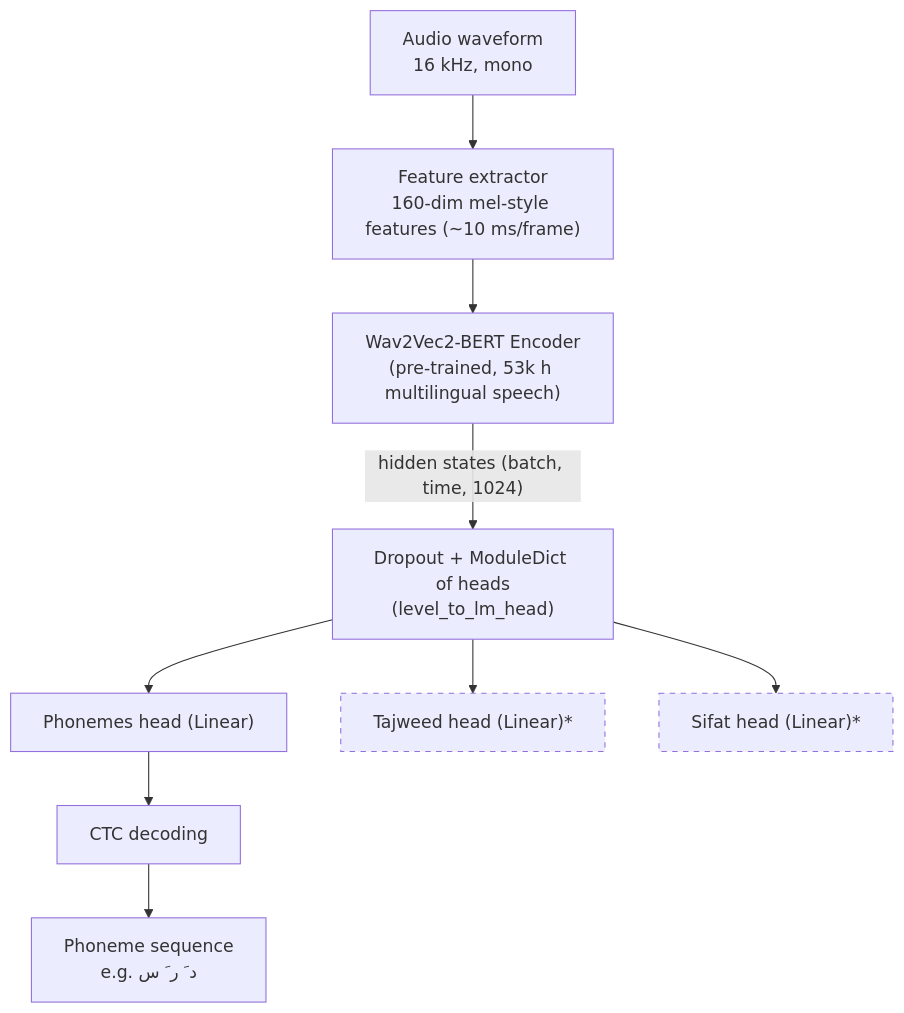
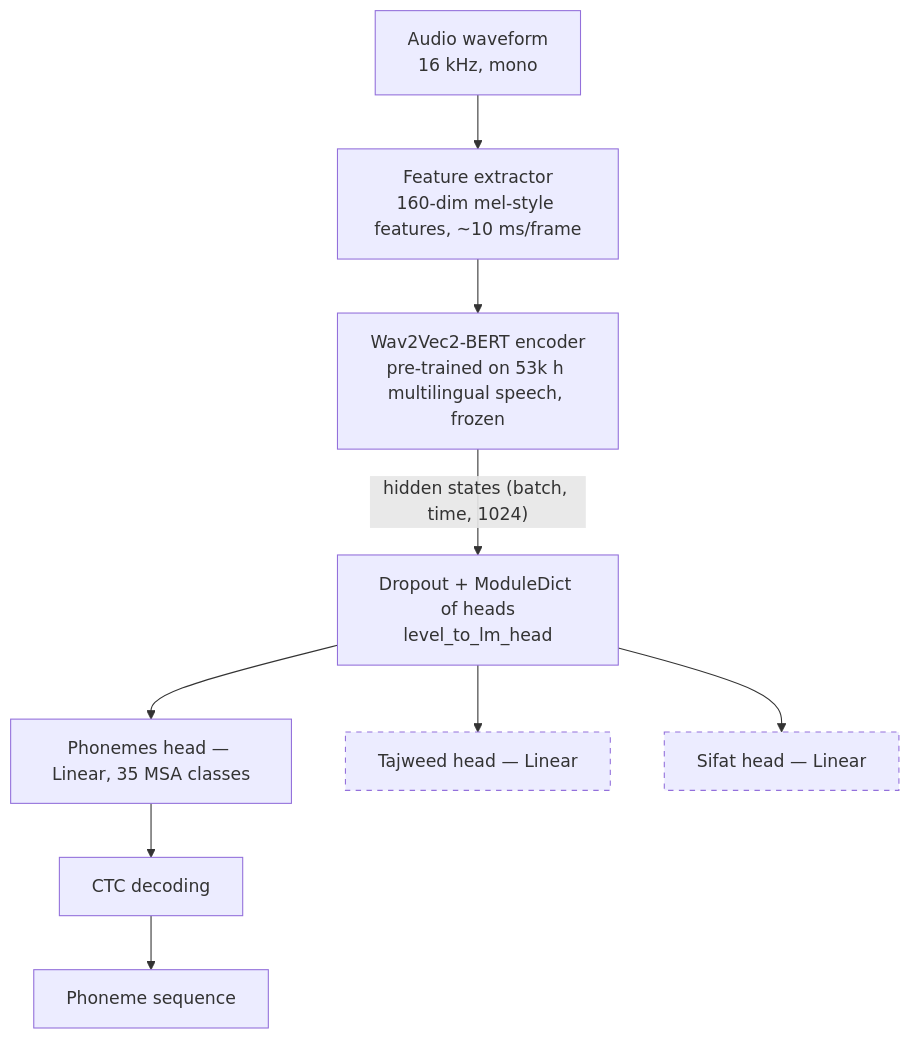
One commit to MohamedMaged9258/Yantiq changed diagram 15 of 20 in docs/architecture/diagrams.md. Above: the diagram before and after it, drawn with Mermaid. The commit also changed other lines of this file, not shown here.

First line of the commit message:
docs: rewrite architecture diagrams against the Phase 0 baseline

````diff
--- a/docs/architecture/diagrams.md
+++ b/docs/architecture/diagrams.md
@@ -475,14 +700,14 @@
 ```mermaid
 flowchart TB
-    A["Audio waveform<br/>16 kHz, mono"] --> B["Feature extractor<br/>160-dim mel-style features (~10 ms/frame)"]
-    B --> C["Wav2Vec2-BERT Encoder<br/>(pre-trained, 53k h multilingual speech)"]
-    C -- "hidden states (batch, time, 1024)" --> D["Dropout + ModuleDict of heads<br/>(level_to_lm_head)"]
-    D --> E1["Phonemes head (Linear)"]
-    D --> E2["Tajweed head (Linear)*"]
-    D --> E3["Sifat head (Linear)*"]
+    A["Audio waveform<br/>16 kHz, mono"] --> B["Feature extractor<br/>160-dim mel-style features, ~10 ms/frame"]
+    B --> C["Wav2Vec2-BERT encoder<br/>pre-trained on 53k h multilingual speech, frozen"]
+    C -- "hidden states (batch, time, 1024)" --> D["Dropout + ModuleDict of heads<br/>level_to_lm_head"]
+    D --> E1["Phonemes head — Linear, 35 MSA classes"]
+    D --> E2["Tajweed head — Linear"]
+    D --> E3["Sifat head — Linear"]
     E1 --> F["CTC decoding"]
-    F --> G["Phoneme sequence<br/>e.g. د َ ر َ س"]
+    F --> G["Phoneme sequence"]
 
     style E2 stroke-dasharray: 5 5
     style E3 stroke-dasharray: 5 5
 ```
````
